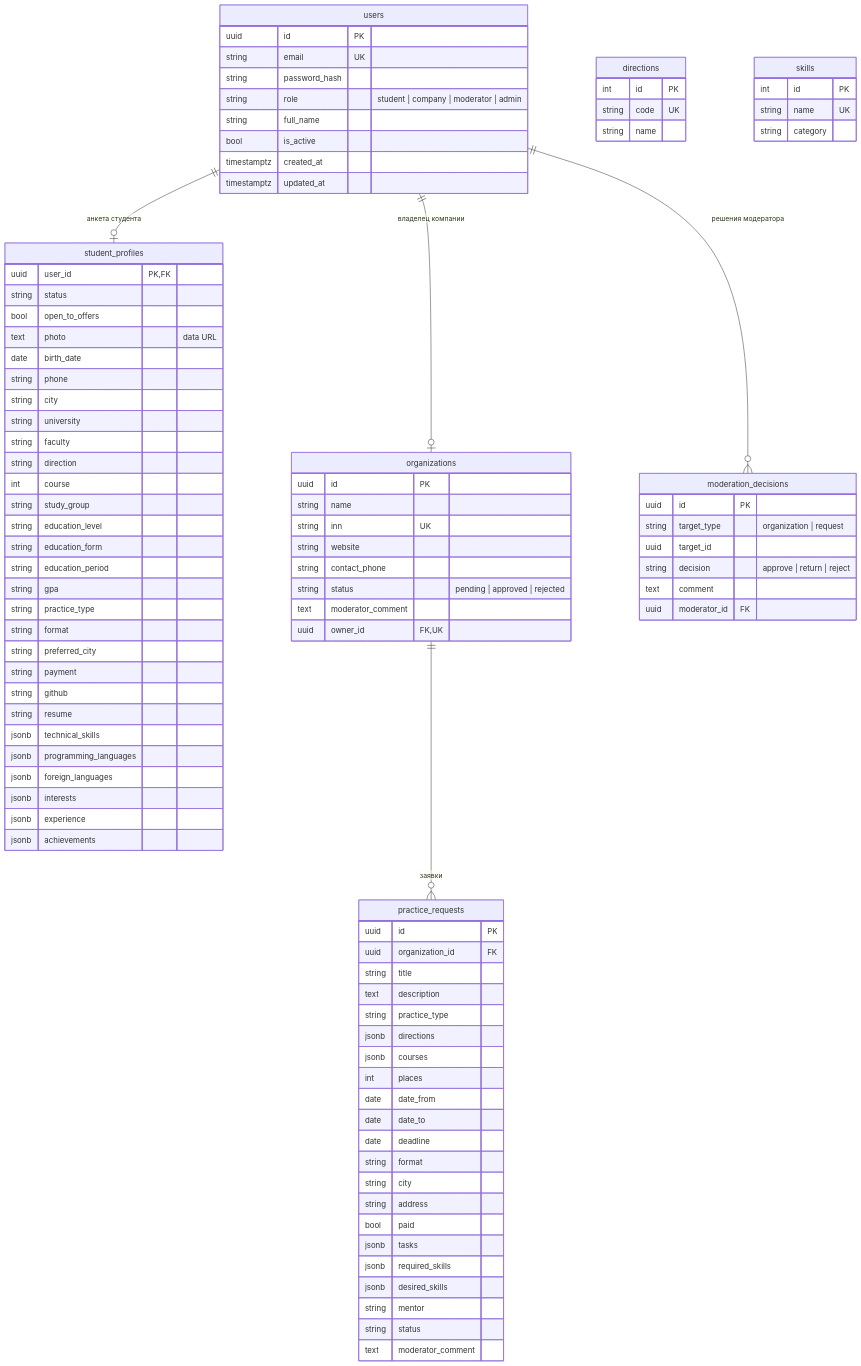
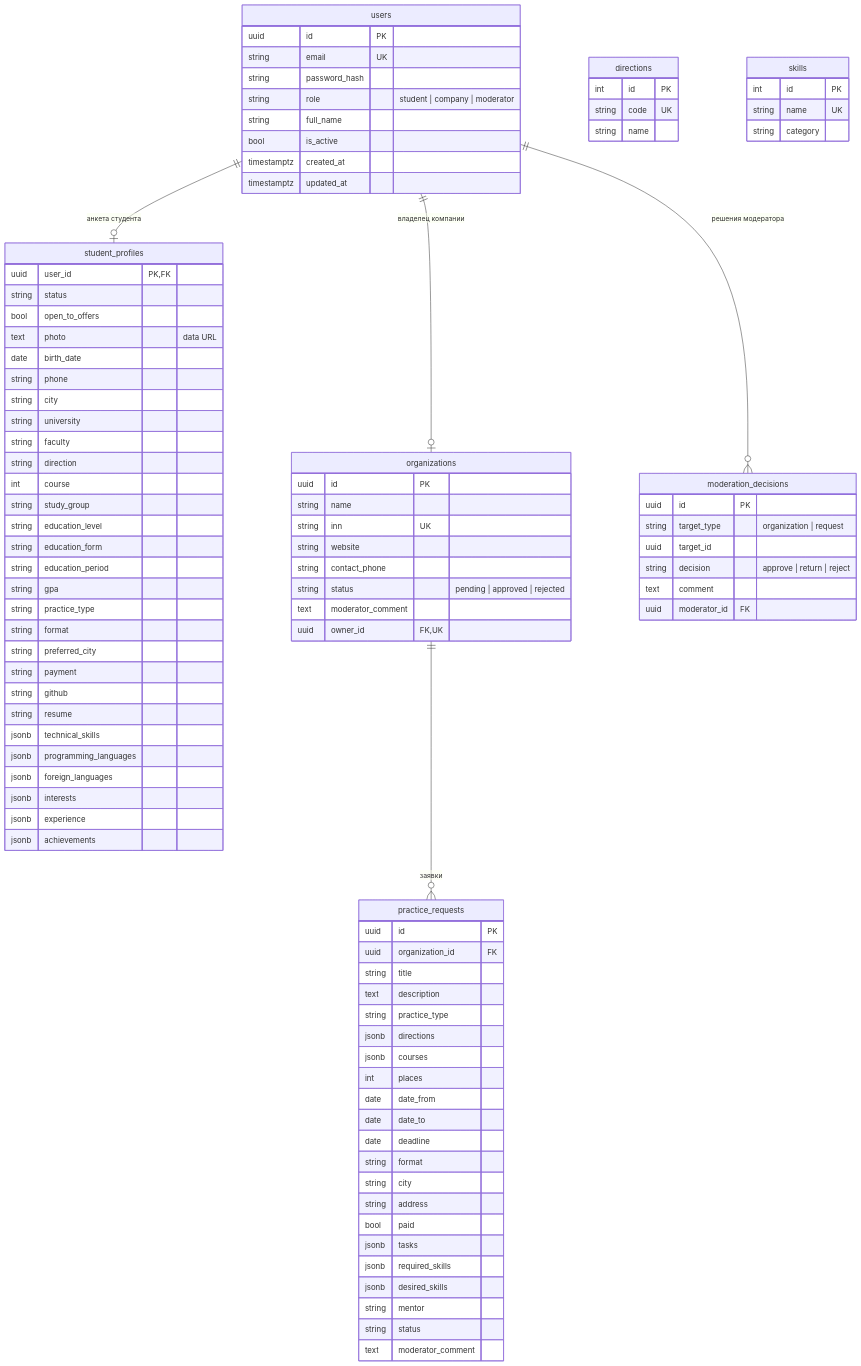
The fourth of 8 diagrams in docs/architecture.md (KonevaDarya52/Practice.Navigator), drawn with Mermaid before and after one commit. The commit also changed other lines of this file and 9 other files, not shown here.

```diff
--- a/docs/architecture.md
+++ b/docs/architecture.md
@@ -361,7 +360,7 @@
         uuid id PK
         string email UK
         string password_hash
-        string role "student | company | moderator | admin"
+        string role "student | company | moderator"
         string full_name
         bool is_active
         timestamptz created_at
```
